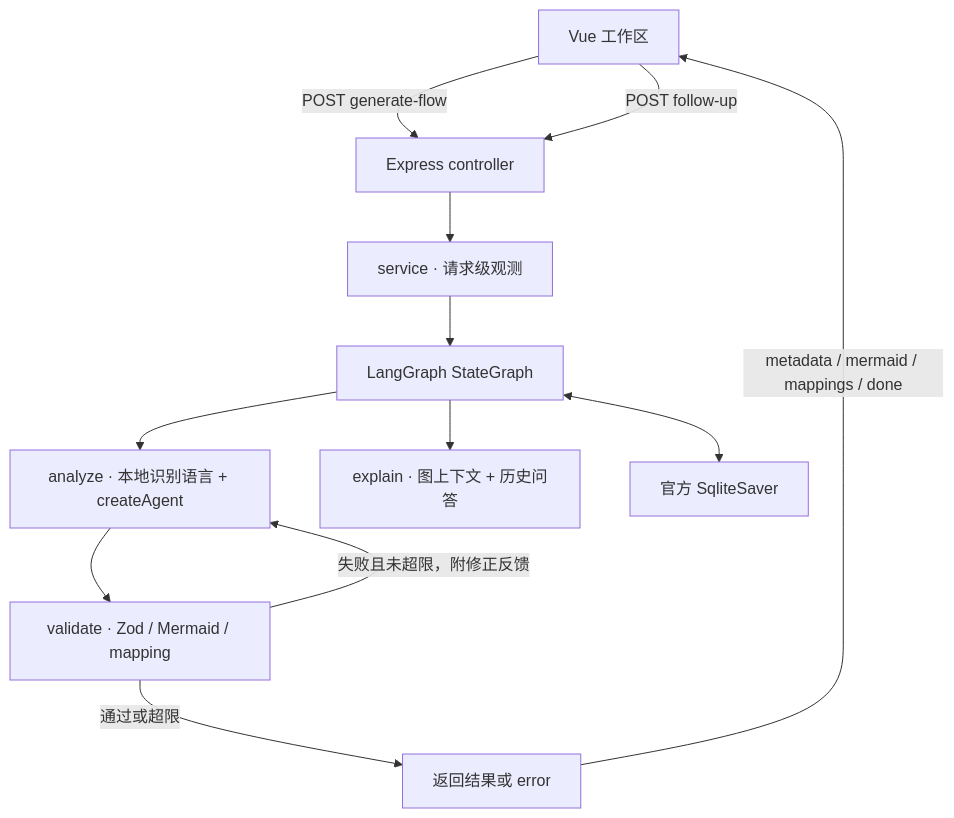
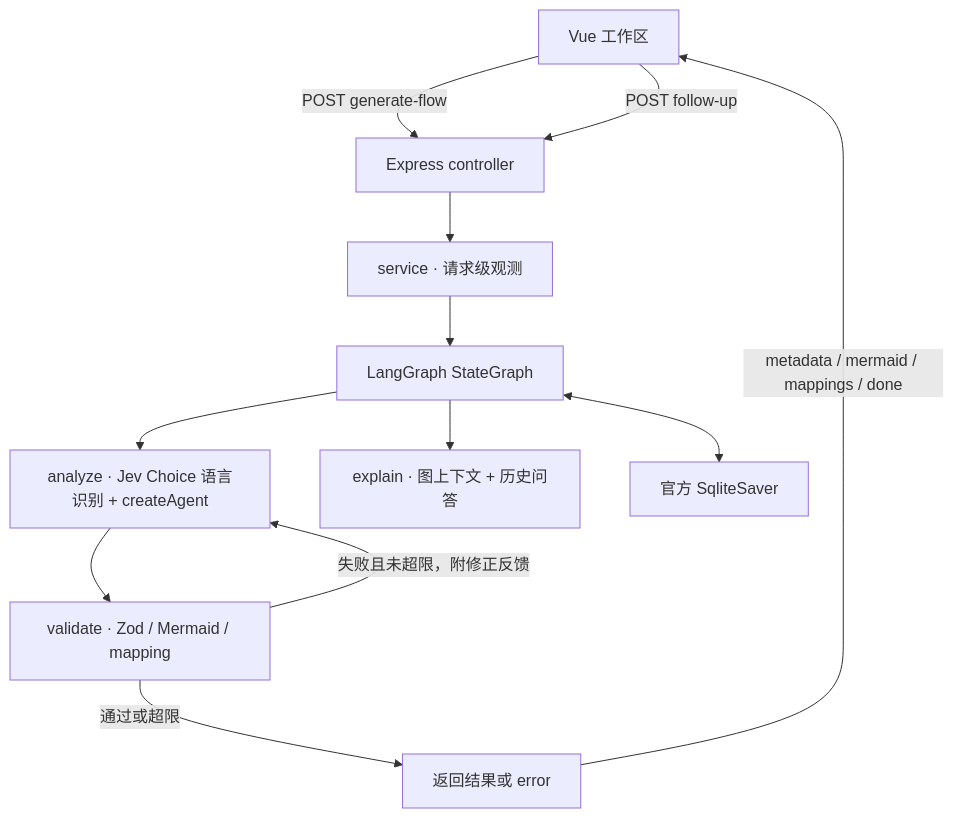
Before and after one commit to LovroMance/code2flow: the diagram in docs/architecture.md, drawn with Mermaid. The commit also changed other lines of this file and 23 other files, not shown here.

````diff
--- a/docs/architecture.md
+++ b/docs/architecture.md
@@ -11,14 +13,14 @@
 ```mermaid
 flowchart TD
     UI[Vue 工作区] -->|POST generate-flow| HTTP[Express controller]
     HTTP --> Service[service · 请求级观测]
     Service --> Graph[LangGraph StateGraph]
-    Graph --> Analyze[analyze · 本地识别语言 + createAgent]
+    Graph --> Analyze[analyze · Jev Choice 语言识别 + createAgent]
     Analyze --> Validate[validate · Zod / Mermaid / mapping]
     Validate -->|失败且未超限，附修正反馈| Analyze
     Validate -->|通过或超限| Done[返回结果或 error]
     Graph --> Explain[explain · 图上下文 + 历史问答]
     Graph <--> SQLite[官方 SqliteSaver]
     Done -->|metadata / mermaid / mappings / done| UI
     UI -->|POST follow-up| HTTP
 ```
````
